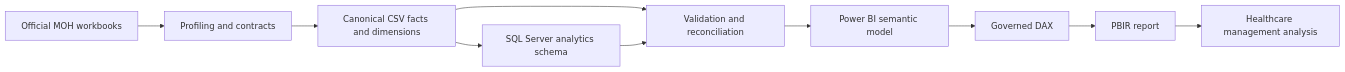
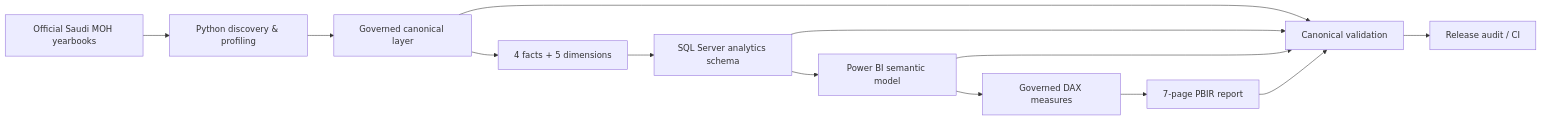
One commit to khaledzidan203-stack/saudi-healthcare-analytics changed the diagram in README.md. Above: the diagram before and after it, drawn with Mermaid. The commit also changed other lines of this file, not shown here.

Commit message:
docs: reorganize project around architecture, governance and evidence

````diff
--- a/README.md
+++ b/README.md
@@ -59,12 +42,15 @@
 ```mermaid
 flowchart LR
-    A[Official MOH workbooks] --> B[Profiling and contracts]
-    B --> C[Canonical CSV facts and dimensions]
-    C --> D[SQL Server analytics schema]
-    C --> E[Validation and reconciliation]
-    D --> E
+    A[Official Saudi MOH yearbooks] --> B[Python discovery & profiling]
+    B --> C[Governed canonical layer]
+    C --> D[4 facts + 5 dimensions]
+    D --> E[SQL Server analytics schema]
     E --> F[Power BI semantic model]
-    F --> G[Governed DAX]
-    G --> H[PBIR report]
-    H --> I[Healthcare management analysis]
+    F --> G[Governed DAX measures]
+    G --> H[7-page PBIR report]
+    C --> V[Canonical validation]
+    E --> V
+    F --> V
+    H --> V
+    V --> Q[Release audit / CI]
 ```
````
